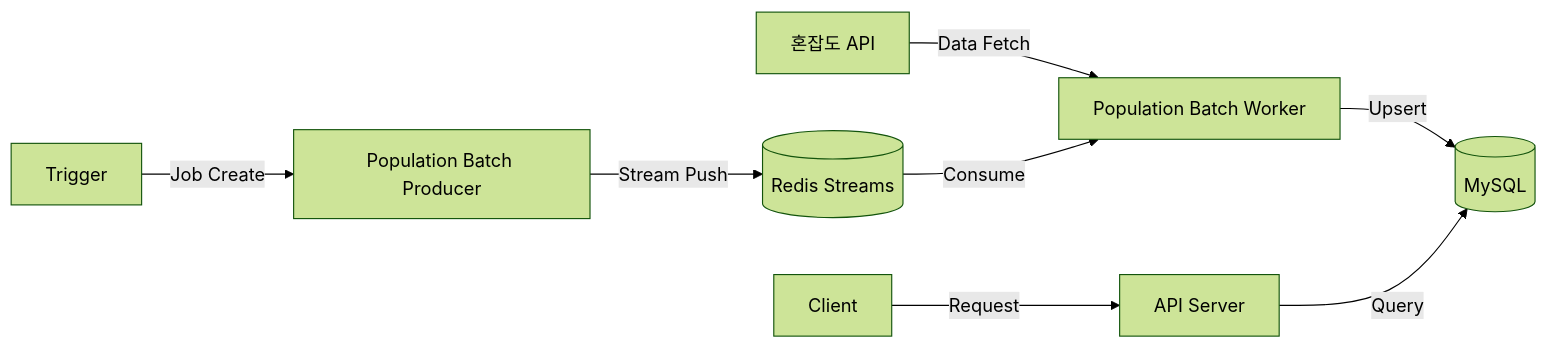
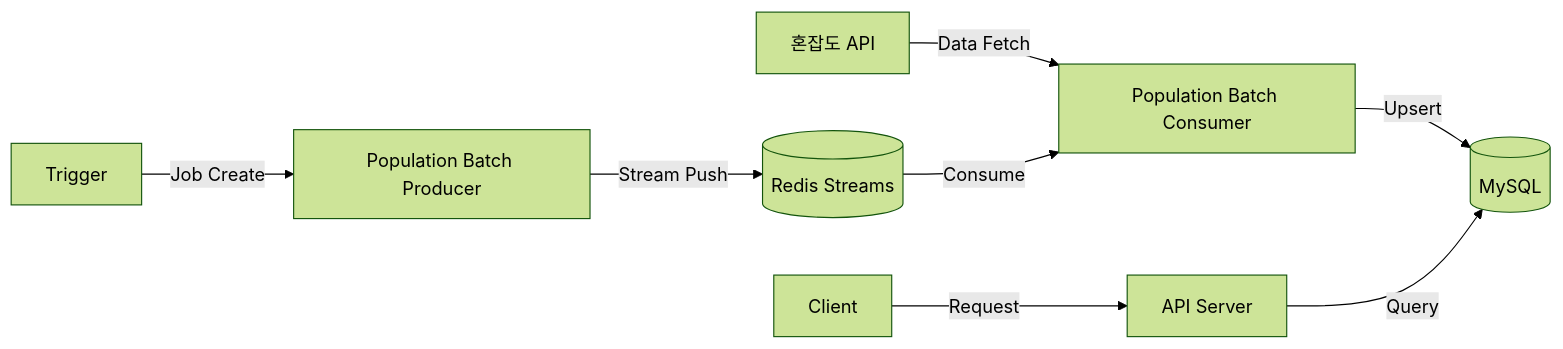
Before and after one commit to wagglewaggle/waggle-backend: the diagram in README.md, drawn with Mermaid (forest theme). The commit also changed other lines of this file, not shown here.

Commit message:
docs: 루트 문서 수정

````diff
--- a/README.md
+++ b/README.md
@@ -10,10 +10,10 @@
 ```mermaid
 graph LR
-    External[혼잡도 API] -->|Data Fetch| Worker[Population Batch Worker]
+    External[혼잡도 API] -->|Data Fetch| Consumer[Population Batch Consumer]
     Cron[Trigger] -->|Job Create| Producer[Population Batch Producer]
     Producer -->|Stream Push| Redis[(Redis Streams)]
-    Redis -->|Consume| Worker
-    Worker -->|Upsert| DB[(MySQL)]
+    Redis -->|Consume| Consumer
+    Consumer -->|Upsert| DB[(MySQL)]
     Client -->|Request| API[API Server]
     API -->|Query| DB
 ```
````
